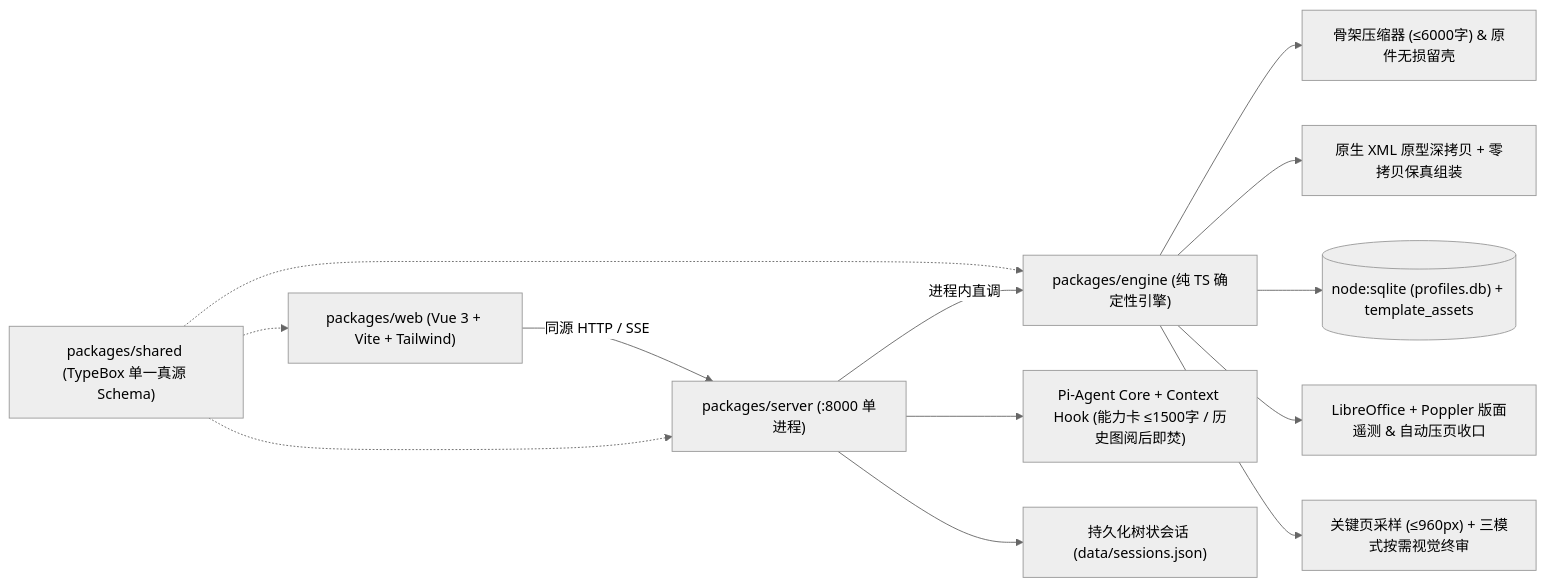
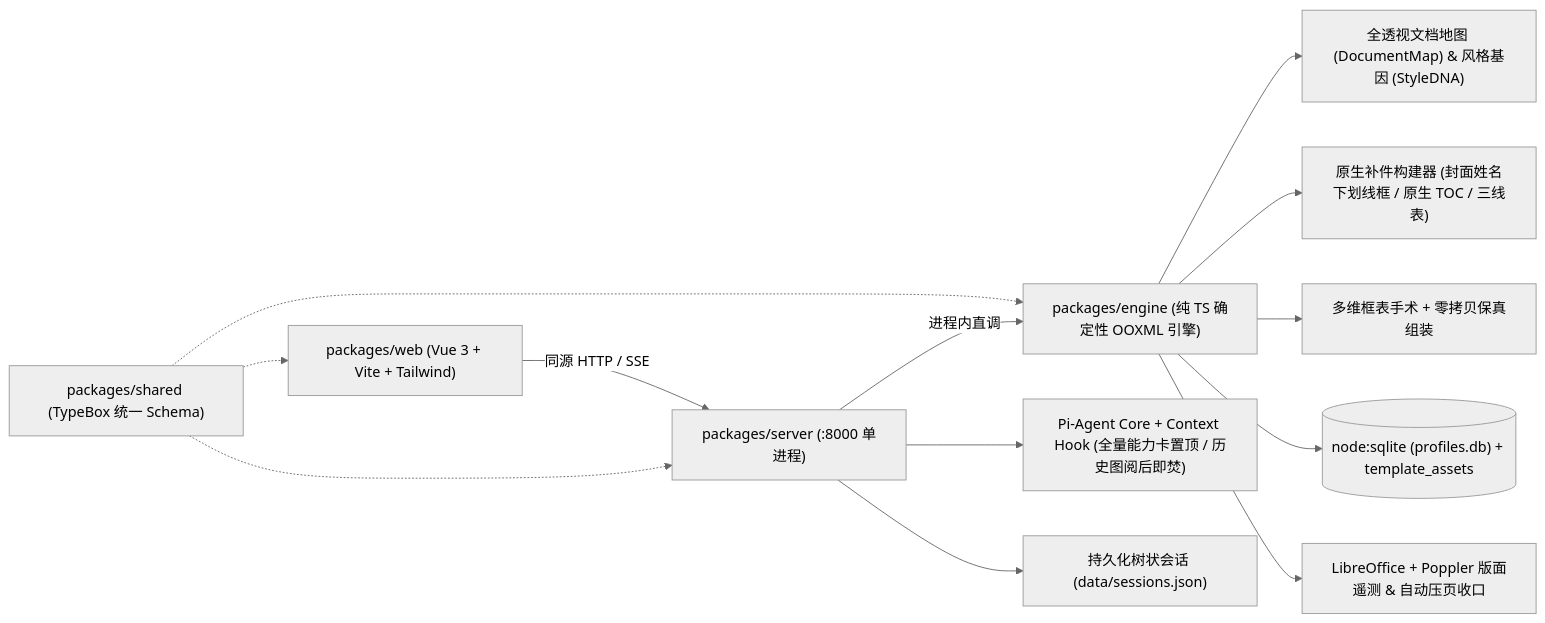
One commit to GrassskyR/docx-forge changed the diagram in README.md. Above: the diagram before and after it, drawn with Mermaid (neutral theme). The commit also changed other lines of this file and 61 other files, not shown here.

Commit message:
Implement clean V4 OOXML engine, multimodal internalization, real TOC sync and pagination hygiene

````diff
--- a/README.md
+++ b/README.md
@@ -7,15 +12,15 @@
 ```mermaid
 flowchart LR
     Web["packages/web (Vue 3 + Vite + Tailwind)"] -->|同源 HTTP / SSE| Server["packages/server (:8000 单进程)"]
-    Shared["packages/shared (TypeBox 单一真源 Schema)"] -.-> Web
+    Shared["packages/shared (TypeBox 统一 Schema)"] -.-> Web
     Shared -.-> Server
-    Shared -.-> Engine["packages/engine (纯 TS 确定性引擎)"]
+    Shared -.-> Engine["packages/engine (纯 TS 确定性 OOXML 引擎)"]
     Server -->|进程内直调| Engine
-    Server --> Agent["Pi-Agent Core + Context Hook (能力卡 ≤1500字 / 历史图阅后即焚)"]
+    Server --> Agent["Pi-Agent Core + Context Hook (全量能力卡置顶 / 历史图阅后即焚)"]
     Server --> Tree["持久化树状会话 (data/sessions.json)"]
-    Engine --> Inspector["骨架压缩器 (≤6000字) & 原件无损留壳"]
-    Engine --> Composer["原生 XML 原型深拷贝 + 零拷贝保真组装"]
+    Engine --> Inspector["全透视文档地图 (DocumentMap) & 风格基因 (StyleDNA)"]
+    Engine --> Builders["原生补件构建器 (封面姓名下划线框 / 原生 TOC / 三线表)"]
+    Engine --> Composer["多维框表手术 + 零拷贝保真组装"]
     Engine --> Store[("node:sqlite (profiles.db) + template_assets")]
     Engine --> Telemetry["LibreOffice + Poppler 版面遥测 & 自动压页收口"]
-    Engine --> Vision["关键页采样 (≤960px) + 三模式按需视觉终审"]
 ```
````
